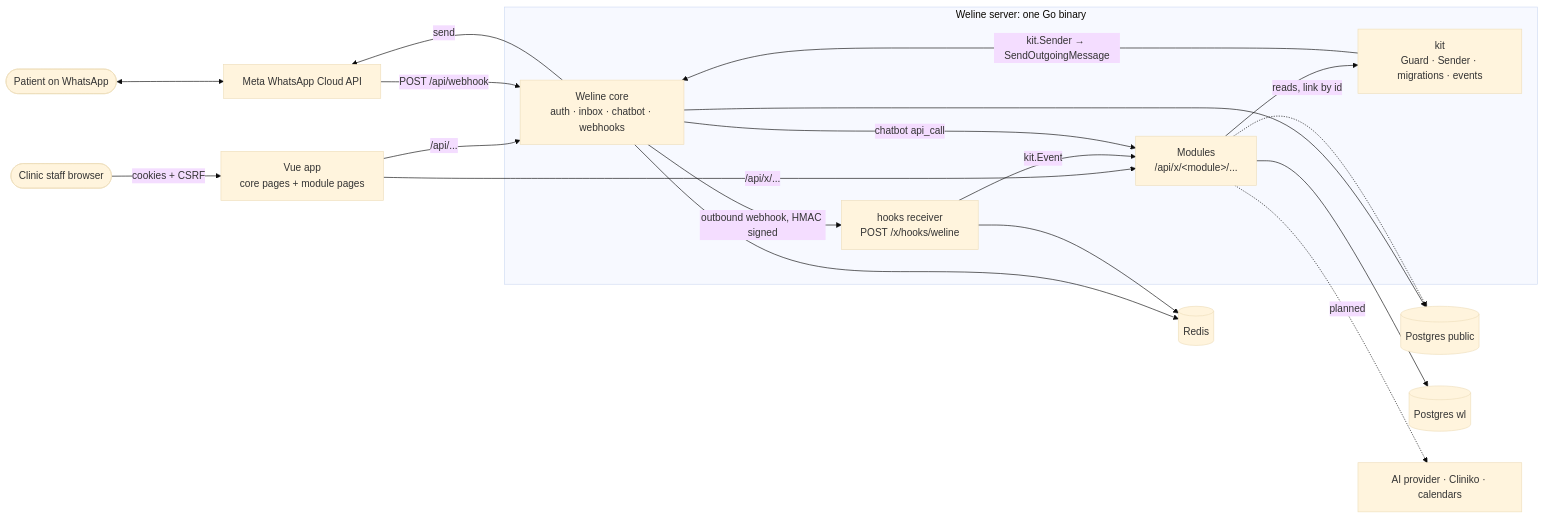
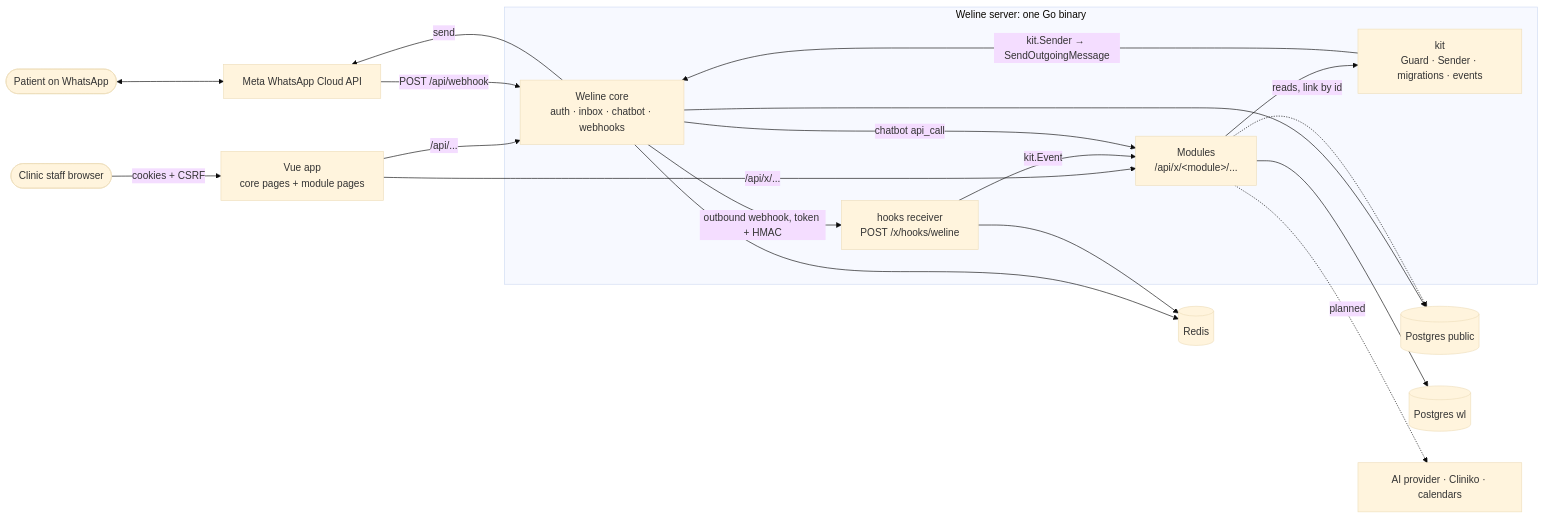
One commit to irajput215/weline changed the first of 2 diagrams in wl-docs/architecture.md. Above: the diagram before and after it, drawn with Mermaid (base theme). The commit also changed other lines of this file and 5 other files, not shown here.

````diff
--- a/wl-docs/architecture.md
+++ b/wl-docs/architecture.md
@@ -25,29 +25,29 @@
 ```mermaid
 flowchart LR
     patient([Patient on WhatsApp]) <--> meta[Meta WhatsApp Cloud API]
     staff([Clinic staff browser]) -->|cookies + CSRF| spa[Vue app<br/>core pages + module pages]
 
     subgraph weline[Weline server: one Go binary]
         core[Weline core<br/>auth · inbox · chatbot · webhooks]
         hooks[hooks receiver<br/>POST /x/hooks/weline]
         mods[Modules<br/>/api/x/&lt;module&gt;/...]
         kit[kit<br/>Guard · Sender · migrations · events]
     end
 
     spa -->|/api/...| core
     spa -->|/api/x/...| mods
     meta -->|POST /api/webhook| core
     core -->|send| meta
-    core -->|outbound webhook, HMAC signed| hooks
+    core -->|outbound webhook, token + HMAC| hooks
     hooks -->|kit.Event| mods
     core -->|chatbot api_call| mods
     mods --> kit
     kit -->|kit.Sender → SendOutgoingMessage| core
 
     core --> pub[(Postgres public)]
     mods --> wl[(Postgres wl)]
     mods -.reads, link by id.-> pub
     core --> redis[(Redis)]
     hooks --> redis
     mods -.planned.-> ext[AI provider · Cliniko · calendars]
 ```
````
